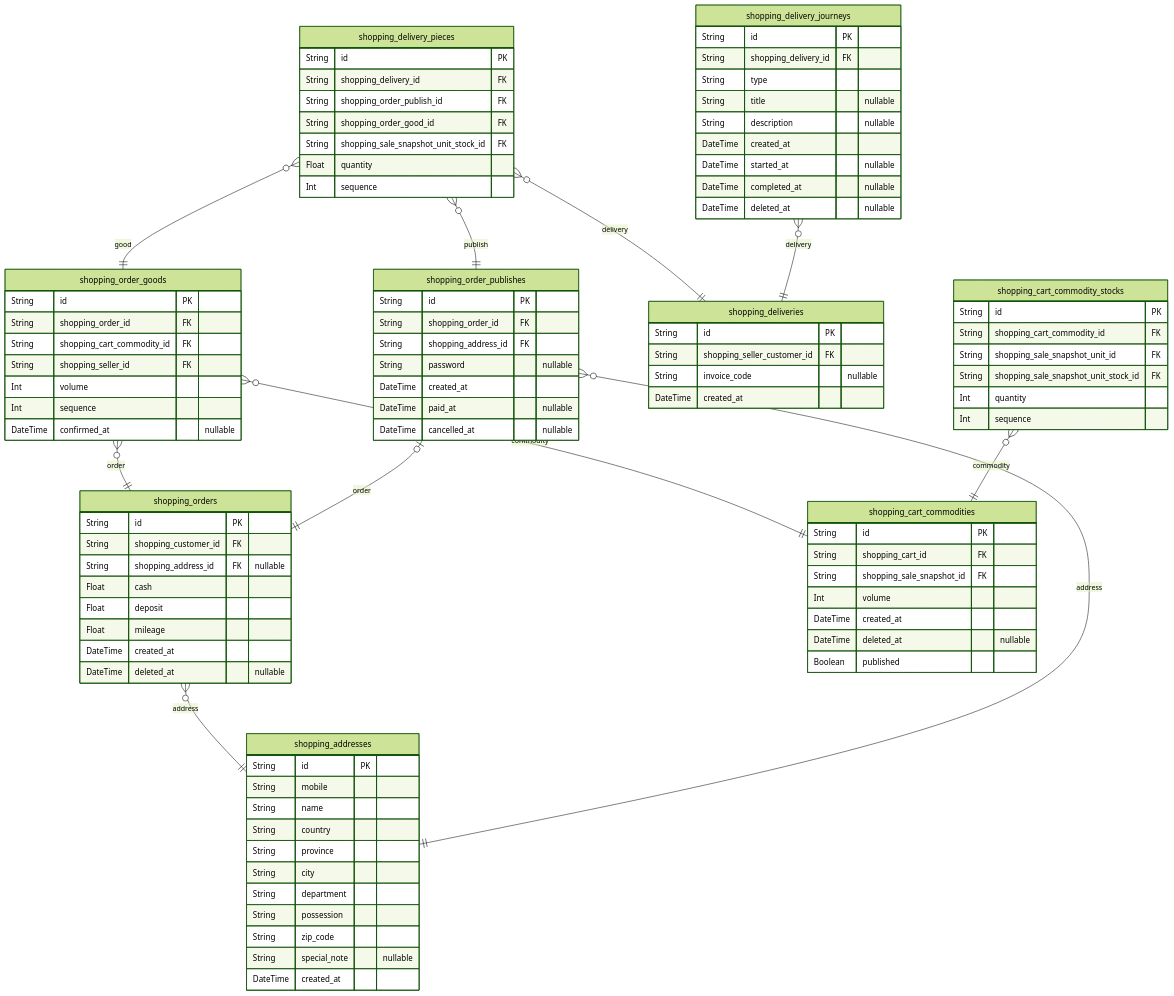
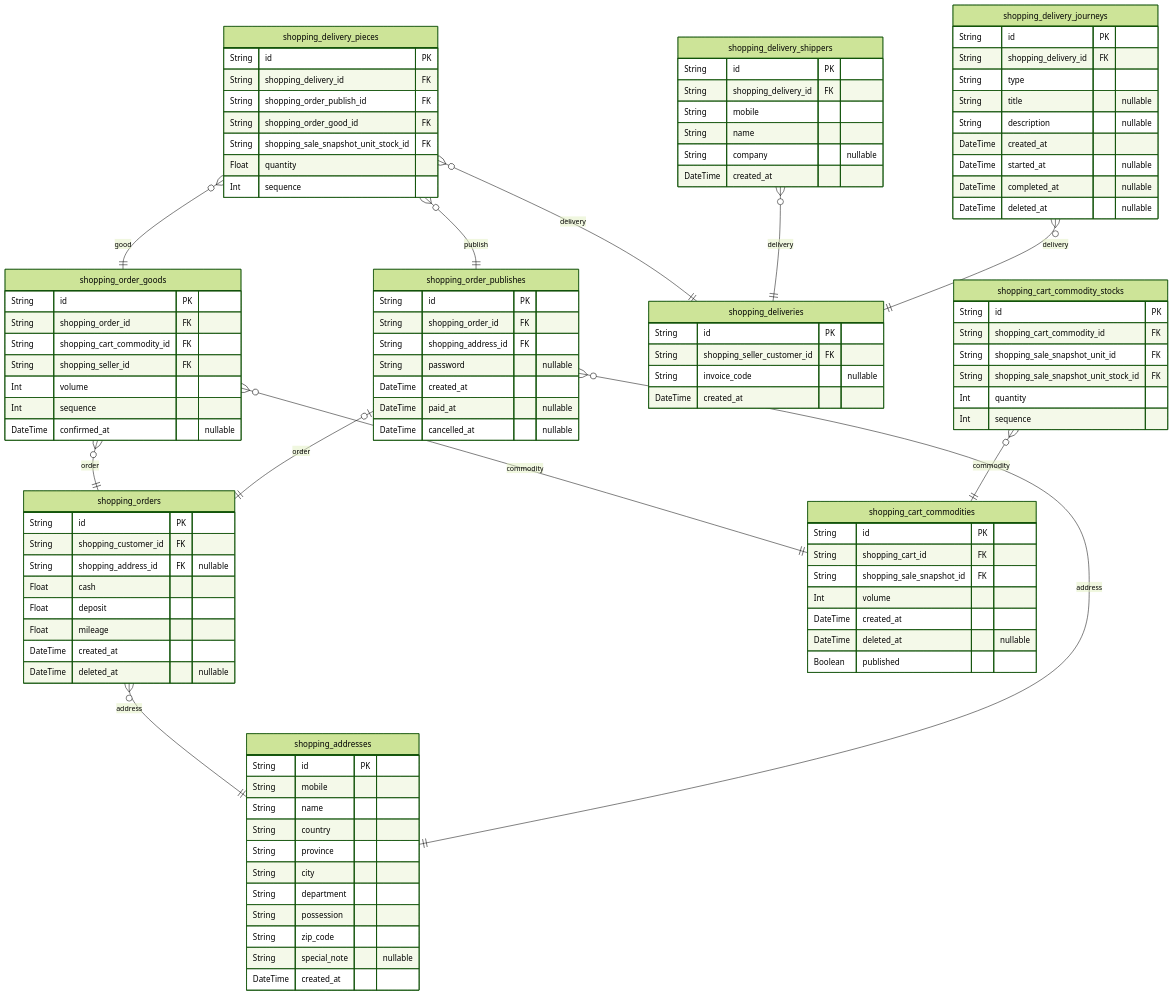
One commit to samchon/shopping-backend changed the sixth of 10 diagrams in docs/ERD.md. Above: the diagram before and after it, drawn with Mermaid (forest theme). The commit also changed other lines of this file and 8 other files, not shown here.

Commit message:
Refactoring of Prisma Schema

````diff
--- a/docs/ERD.md
+++ b/docs/ERD.md
@@ -1460,6 +1468,14 @@
     String shopping_sale_snapshot_unit_stock_id FK
     Float quantity
     Int sequence
+}
+"shopping_delivery_shippers" {
+    String id PK
+    String shopping_delivery_id FK
+    String mobile
+    String name
+    String company "nullable"
+    DateTime created_at
 }
 "shopping_delivery_journeys" {
     String id PK
@@ -1510,6 +1526,7 @@
 "shopping_delivery_pieces" }o--|| "shopping_deliveries" : delivery
 "shopping_delivery_pieces" }o--|| "shopping_order_publishes" : publish
 "shopping_delivery_pieces" }o--|| "shopping_order_goods" : good
+"shopping_delivery_shippers" }o--|| "shopping_deliveries" : delivery
 "shopping_delivery_journeys" }o--|| "shopping_deliveries" : delivery
 "shopping_cart_commodity_stocks" }o--|| "shopping_cart_commodities" : commodity
 ```
````
